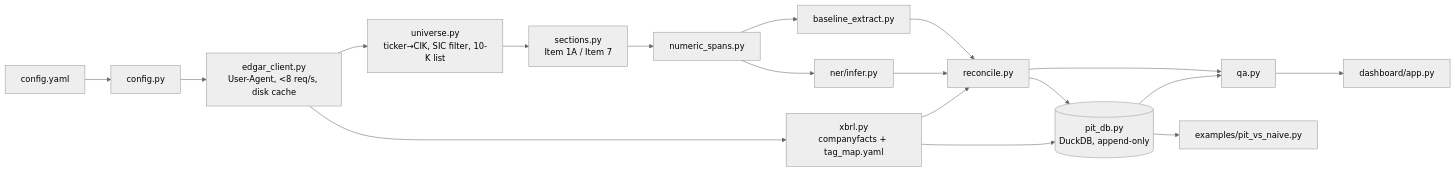
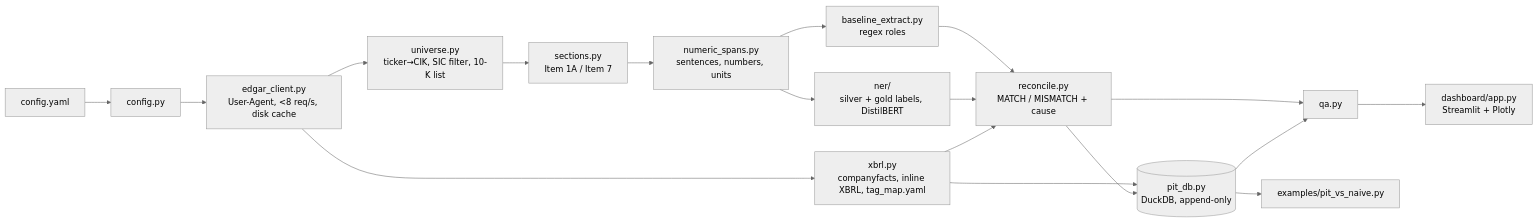
The diagram in README.md (aryanrchadha/edgar-extract), drawn with Mermaid (neutral theme) before and after one commit. The commit also changed other lines of this file and 7 other files, not shown here.

````diff
--- a/README.md
+++ b/README.md
@@ -16,20 +34,20 @@
 ```mermaid
 flowchart LR
   cfg[config.yaml] --> conf[config.py]
   conf --> client[edgar_client.py<br/>User-Agent, &lt;8 req/s, disk cache]
   client --> uni[universe.py<br/>ticker→CIK, SIC filter, 10-K list]
   uni --> sec[sections.py<br/>Item 1A / Item 7]
-  sec --> spans[numeric_spans.py]
-  spans --> rx[baseline_extract.py]
-  spans --> ner[ner/infer.py]
-  client --> xb[xbrl.py<br/>companyfacts + tag_map.yaml]
-  rx --> rec[reconcile.py]
+  sec --> spans[numeric_spans.py<br/>sentences, numbers, units]
+  spans --> rx[baseline_extract.py<br/>regex roles]
+  spans --> ner[ner/<br/>silver + gold labels, DistilBERT]
+  client --> xb[xbrl.py<br/>companyfacts, inline XBRL, tag_map.yaml]
+  rx --> rec[reconcile.py<br/>MATCH / MISMATCH + cause]
   ner --> rec
   xb --> rec
-  rec --> pit[(pit_db.py<br/>DuckDB, append-only)]
-  xb --> pit
+  xb --> pit[(pit_db.py<br/>DuckDB, append-only)]
+  rec --> pit
   rec --> qa[qa.py]
   pit --> qa
-  qa --> dash[dashboard/app.py]
+  qa --> dash[dashboard/app.py<br/>Streamlit + Plotly]
   pit --> ex[examples/pit_vs_naive.py]
 ```
````
